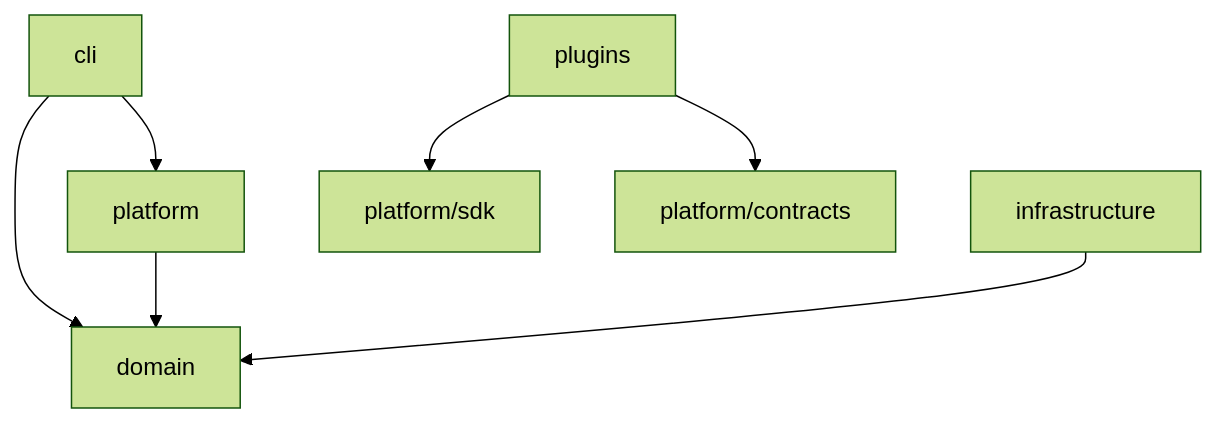
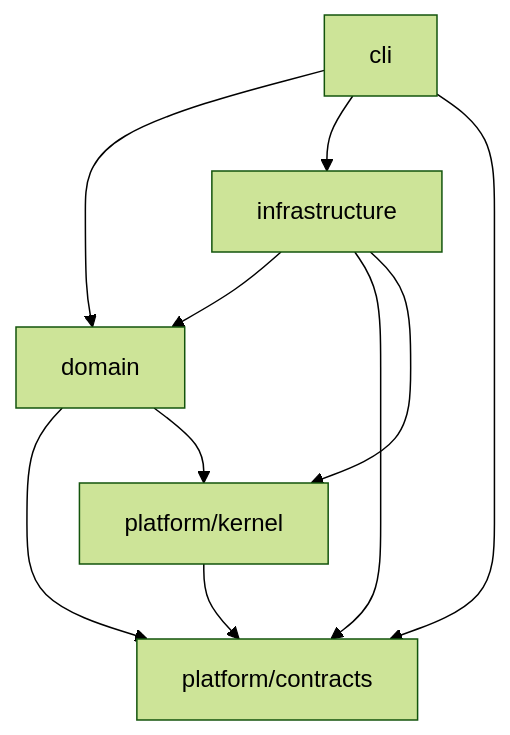
The diagram in docs/architecture/index.md (shijq23/debcraft), drawn with Mermaid (forest theme) before and after one commit. The commit also changed other lines of this file, not shown here.

Commit message:
docs(architecture): correct the May Depend On table to match enforced imports

````diff
--- a/docs/architecture/index.md
+++ b/docs/architecture/index.md
@@ -7,9 +9,12 @@
 ```mermaid
 graph TD
-    CLI[cli] --> PLATFORM[platform]
-    CLI --> DOMAIN[domain]
-    PLATFORM --> DOMAIN
-    INFRA[infrastructure] --> DOMAIN
-    PLUGINS[plugins] --> SDK[platform/sdk]
-    PLUGINS --> CONTRACTS[platform/contracts]
+    CLI[cli] --> DOMAIN[domain]
+    CLI --> INFRA[infrastructure]
+    CLI --> CONTRACTS[platform/contracts]
+    INFRA --> DOMAIN
+    INFRA --> CONTRACTS
+    INFRA --> KERNEL[platform/kernel]
+    DOMAIN --> CONTRACTS
+    DOMAIN --> KERNEL
+    KERNEL --> CONTRACTS
 ```
````
